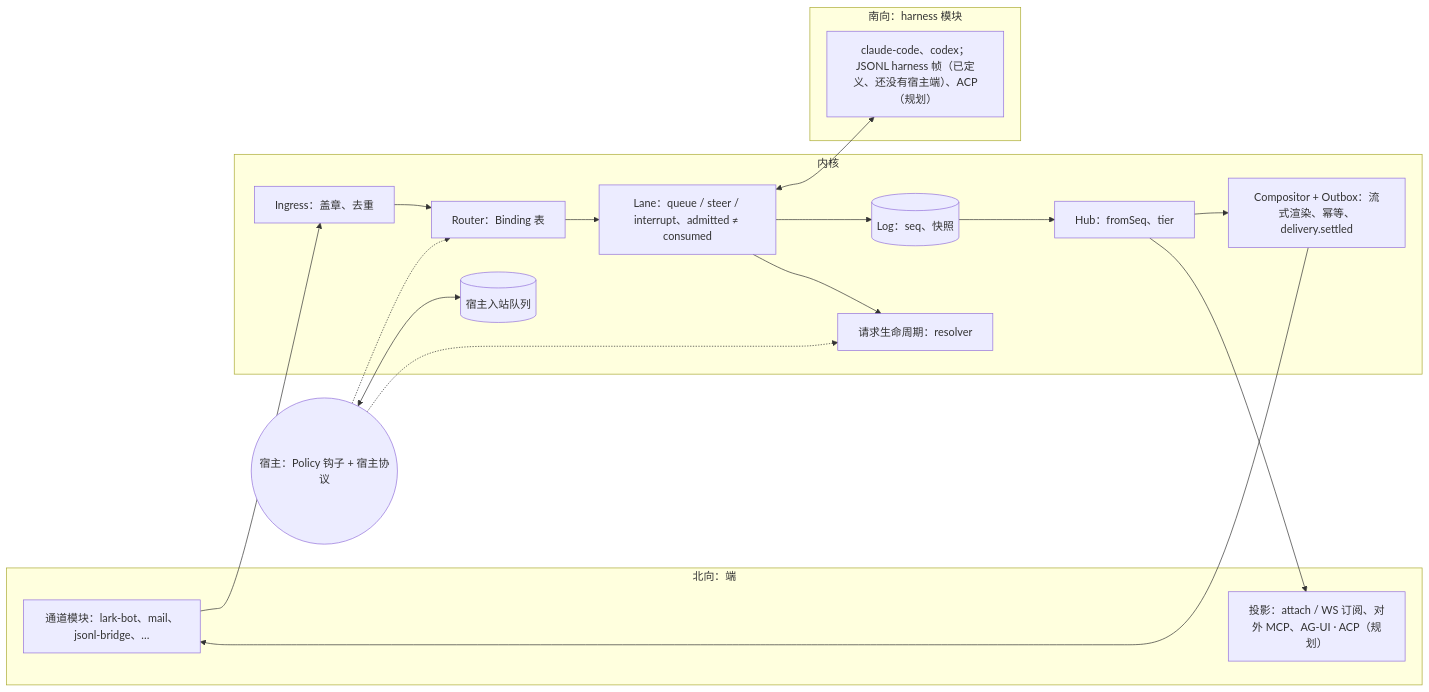
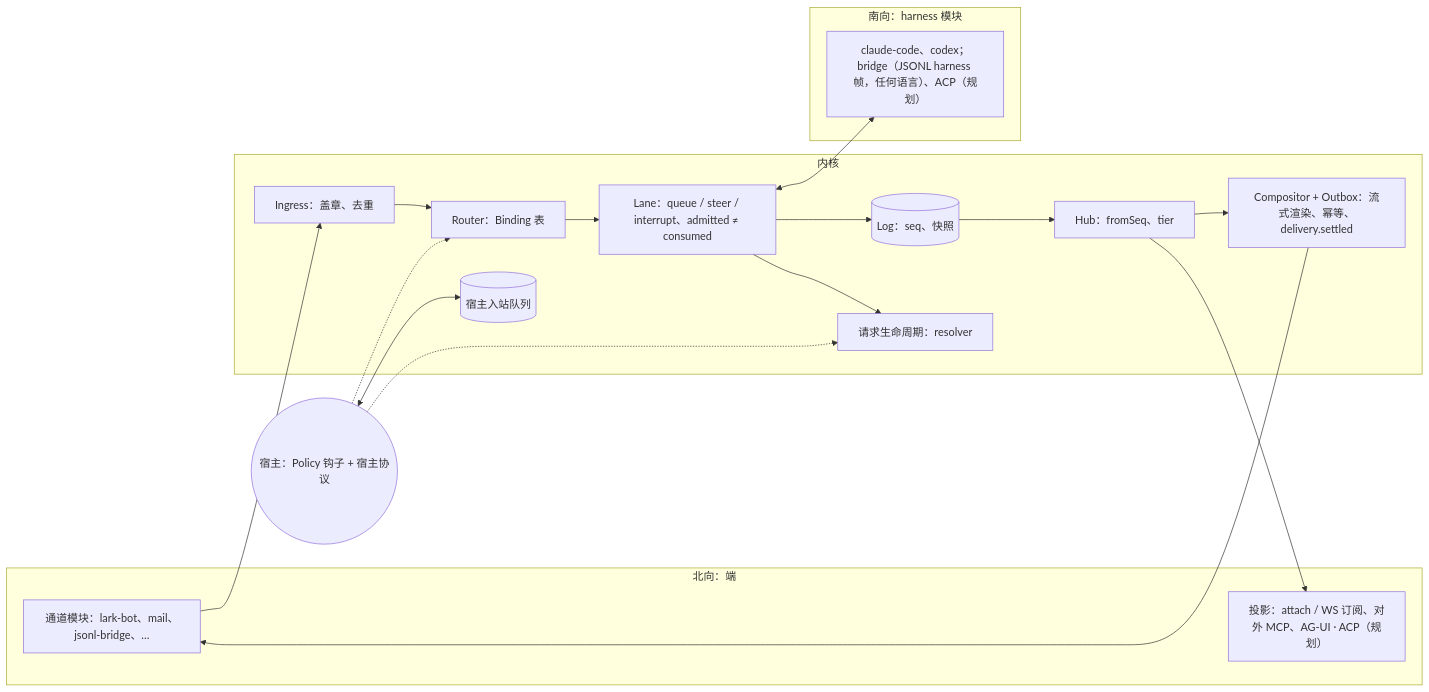
One commit to Ghost-LZW/agents-io changed the diagram in docs/design/core-slimming/README.md. Above: the diagram before and after it, drawn with Mermaid. The commit also changed other lines of this file and 48 other files, not shown here.

Commit message:
Harness bridge: harnesses in any language over JSONL, with the same declarations, lifecycle and blob access as in-process ones

````diff
--- a/docs/design/core-slimming/README.md
+++ b/docs/design/core-slimming/README.md
@@ -31,26 +31,26 @@
 ```mermaid
 flowchart LR
   subgraph North[北向：端]
     CH[通道模块：lark-bot、mail、jsonl-bridge、…]
     PJ[投影：attach / WS 订阅、对外 MCP、AG-UI · ACP（规划）]
   end
   subgraph Kernel[内核]
     IG[Ingress：盖章、去重] --> RT[Router：Binding 表]
     RT --> LN[Lane：queue / steer / interrupt、admitted ≠ consumed]
     LN --> LOG[(Log：seq、快照)]
     LOG --> HUB[Hub：fromSeq、tier]
     HUB --> CP[Compositor + Outbox：流式渲染、幂等、delivery.settled]
     LN --> RQ[请求生命周期：resolver]
     HQ[(宿主入站队列)]
   end
   subgraph South[南向：harness 模块]
-    HN[claude-code、codex；JSONL harness 帧（已定义、还没有宿主端）、ACP（规划）]
+    HN[claude-code、codex；bridge（JSONL harness 帧，任何语言）、ACP（规划）]
   end
   Host((宿主：Policy 钩子 + 宿主协议)) -.-> RT
   Host -.-> RQ
   Host <--> HQ
   CH --> IG
   CP --> CH
   HUB --> PJ
   LN <--> HN
 ```
````
